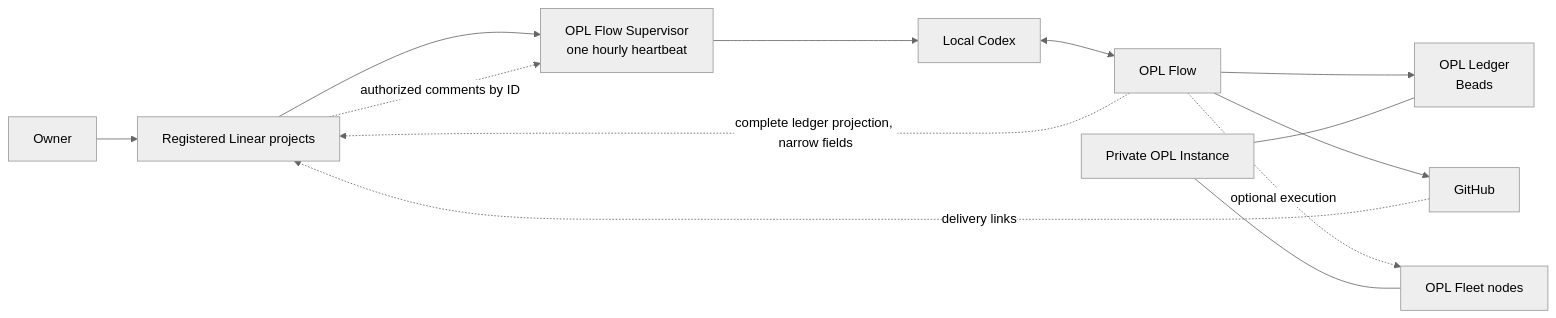
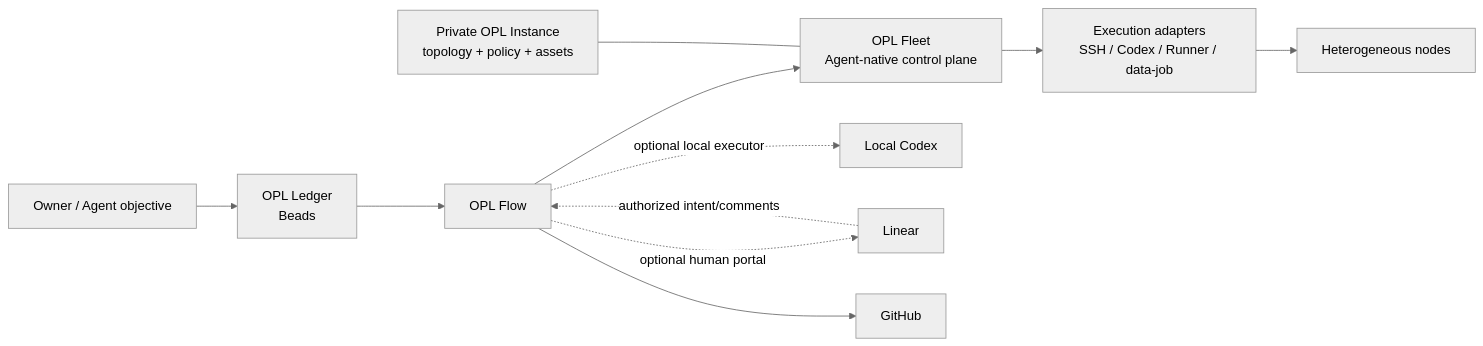
Before and after one commit to gaofeng21cn/opl-flow: the diagram in README.md, drawn with Mermaid (neutral theme). The commit also changed other lines of this file and 4 other files, not shown here.

Commit message:
docs: clarify Flow and Fleet execution roles

````diff
--- a/README.md
+++ b/README.md
@@ -82,15 +82,13 @@
 ```mermaid
 flowchart LR
-    U[Owner] --> L[Registered Linear projects]
-    L --> S[OPL Flow Supervisor<br/>one hourly heartbeat]
-    S --> C[Local Codex]
-    C <--> F[OPL Flow]
-    F --> B[OPL Ledger<br/>Beads]
+    U[Owner / Agent objective] --> B[OPL Ledger<br/>Beads]
+    B --> F[OPL Flow]
+    F --> N[OPL Fleet<br/>Agent-native control plane]
+    N --> A[Execution adapters<br/>SSH / Codex / Runner / data-job]
+    A --> H[Heterogeneous nodes]
+    F -. optional local executor .-> C[Local Codex]
+    F -. optional human portal .-> L[Linear]
     F --> G[GitHub]
-    F -. optional execution .-> N[OPL Fleet nodes]
-    F -. complete ledger projection, narrow fields .-> L
-    L -. authorized comments by ID .-> S
-    G -. delivery links .-> L
-    I[Private OPL Instance] --- B
-    I --- N
+    I[Private OPL Instance<br/>topology + policy + assets] --- N
+    L -. authorized intent/comments .-> F
 ```
````
